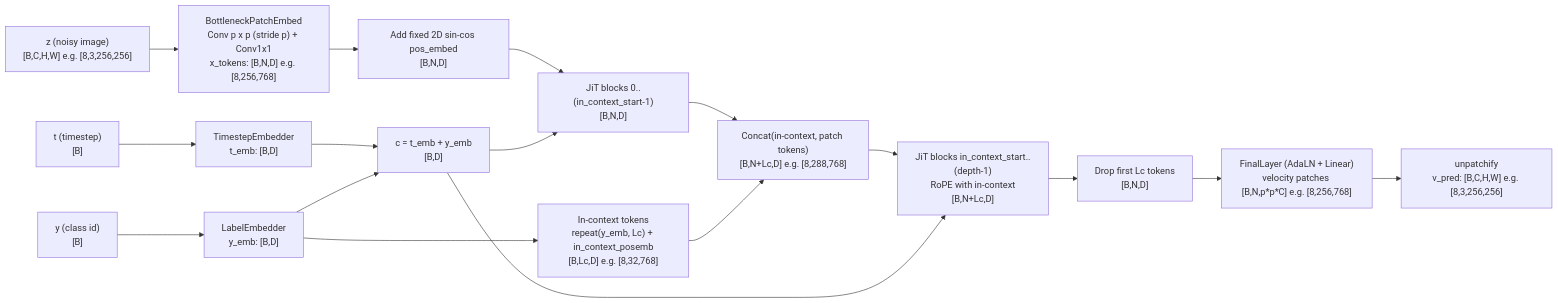
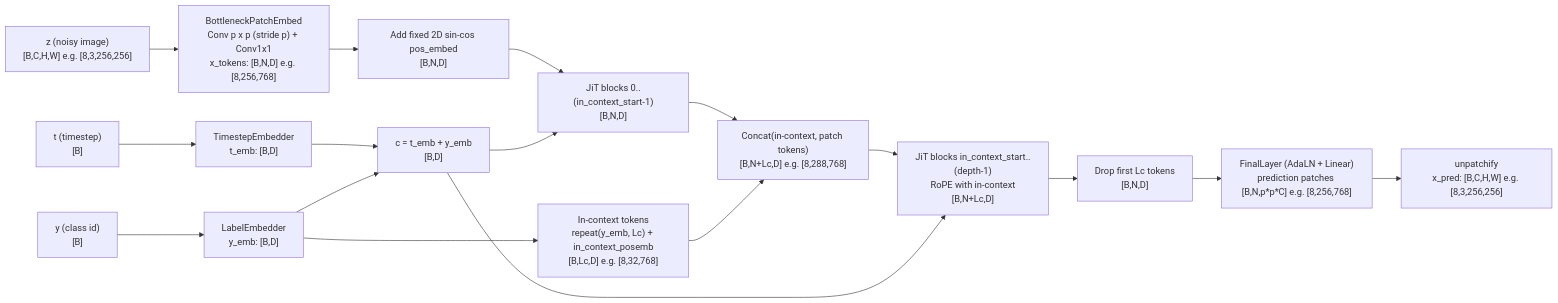
The diagram in JiT/jit_dataflow.md (mithils3/DiffusionFusion), drawn with Mermaid before and after one commit. The commit also changed other lines of this file and 10 other files, not shown here.

````diff
--- a/JiT/jit_dataflow.md
+++ b/JiT/jit_dataflow.md
@@ -5,24 +5,24 @@
 ```mermaid
 flowchart LR
   Z["z (noisy image)<br/>[B,C,H,W] e.g. [8,3,256,256]"] --> XEMB["BottleneckPatchEmbed<br/>Conv p x p (stride p) + Conv1x1<br/>x_tokens: [B,N,D] e.g. [8,256,768]"]
   XEMB --> POS["Add fixed 2D sin-cos pos_embed<br/>[B,N,D]"]
   POS --> PRE["JiT blocks 0..(in_context_start-1)<br/>[B,N,D]"]
 
   T["t (timestep)<br/>[B]"] --> TEMB["TimestepEmbedder<br/>t_emb: [B,D]"]
   Y["y (class id)<br/>[B]"] --> YEMB["LabelEmbedder<br/>y_emb: [B,D]"]
   TEMB --> C["c = t_emb + y_emb<br/>[B,D]"]
 
   YEMB --> C
   YEMB --> ICT["In-context tokens<br/>repeat(y_emb, Lc) + in_context_posemb<br/>[B,Lc,D] e.g. [8,32,768]"]
 
   PRE --> CAT["Concat(in-context, patch tokens)<br/>[B,N+Lc,D] e.g. [8,288,768]"]
   ICT --> CAT
   CAT --> POST["JiT blocks in_context_start..(depth-1)<br/>RoPE with in-context<br/>[B,N+Lc,D]"]
   POST --> DROP["Drop first Lc tokens<br/>[B,N,D]"]
 
   C --> PRE
   C --> POST
 
-  DROP --> FINAL["FinalLayer (AdaLN + Linear)<br/>velocity patches [B,N,p*p*C] e.g. [8,256,768]"]
-  FINAL --> UP["unpatchify<br/>v_pred: [B,C,H,W] e.g. [8,3,256,256]"]
+  DROP --> FINAL["FinalLayer (AdaLN + Linear)<br/>prediction patches [B,N,p*p*C] e.g. [8,256,768]"]
+  FINAL --> UP["unpatchify<br/>x_pred: [B,C,H,W] e.g. [8,3,256,256]"]
 ```
````
